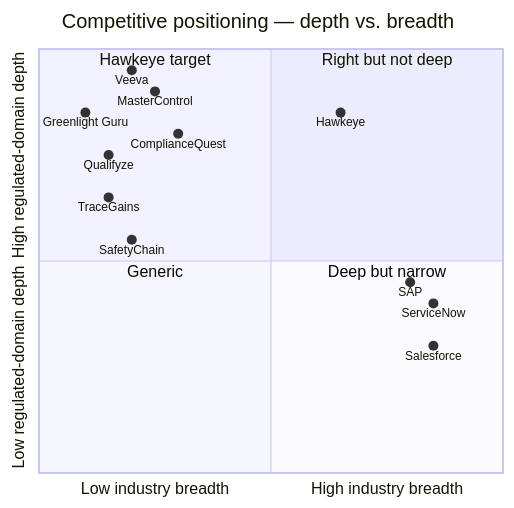
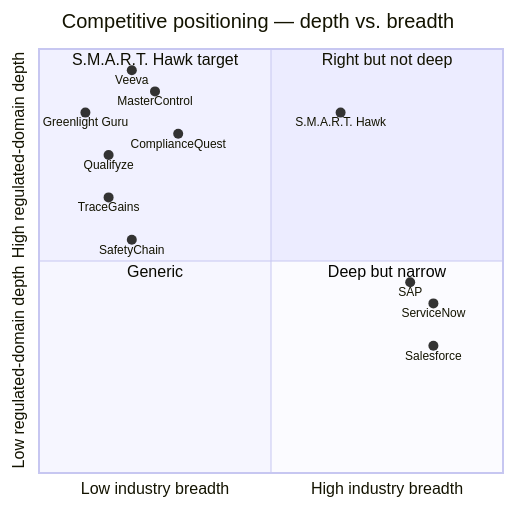
One commit to hawkeyetransact-dotcom/doc_v2 changed the sixth of 6 diagrams in 01-strategy/market-analysis/MARKET-ANALYSIS.md. Above: the diagram before and after it, drawn with Mermaid. The commit also changed other lines of this file and 105 other files, not shown here.

First line of the commit message:
Rebrand docs: Hawkeye -> S.M.A.R.T. Hawk; S.M.A.R.T. five-pillar pipeline

````diff
--- a/01-strategy/market-analysis/MARKET-ANALYSIS.md
+++ b/01-strategy/market-analysis/MARKET-ANALYSIS.md
@@ -223,21 +223,21 @@
 ```mermaid
 quadrantChart
     title Competitive positioning — depth vs. breadth
     x-axis Low industry breadth --> High industry breadth
     y-axis Low regulated-domain depth --> High regulated-domain depth
     quadrant-1 Right but not deep
-    quadrant-2 Hawkeye target
+    quadrant-2 S.M.A.R.T. Hawk target
     quadrant-3 Generic
     quadrant-4 Deep but narrow
     Veeva: [0.20, 0.95]
     MasterControl: [0.25, 0.90]
     ComplianceQuest: [0.30, 0.80]
     Greenlight Guru: [0.10, 0.85]
     Qualifyze: [0.15, 0.75]
     TraceGains: [0.15, 0.65]
     SafetyChain: [0.20, 0.55]
     ServiceNow: [0.85, 0.40]
     SAP: [0.80, 0.45]
     Salesforce: [0.85, 0.30]
-    Hawkeye: [0.65, 0.85]
+    S.M.A.R.T. Hawk: [0.65, 0.85]
 ```
````
